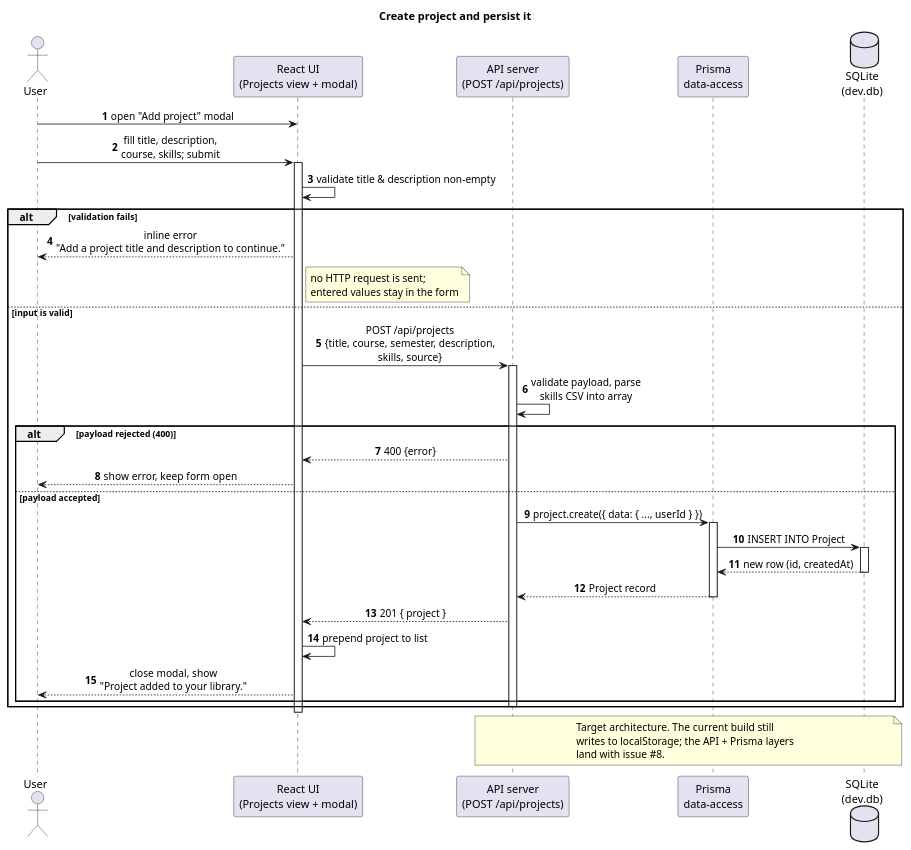
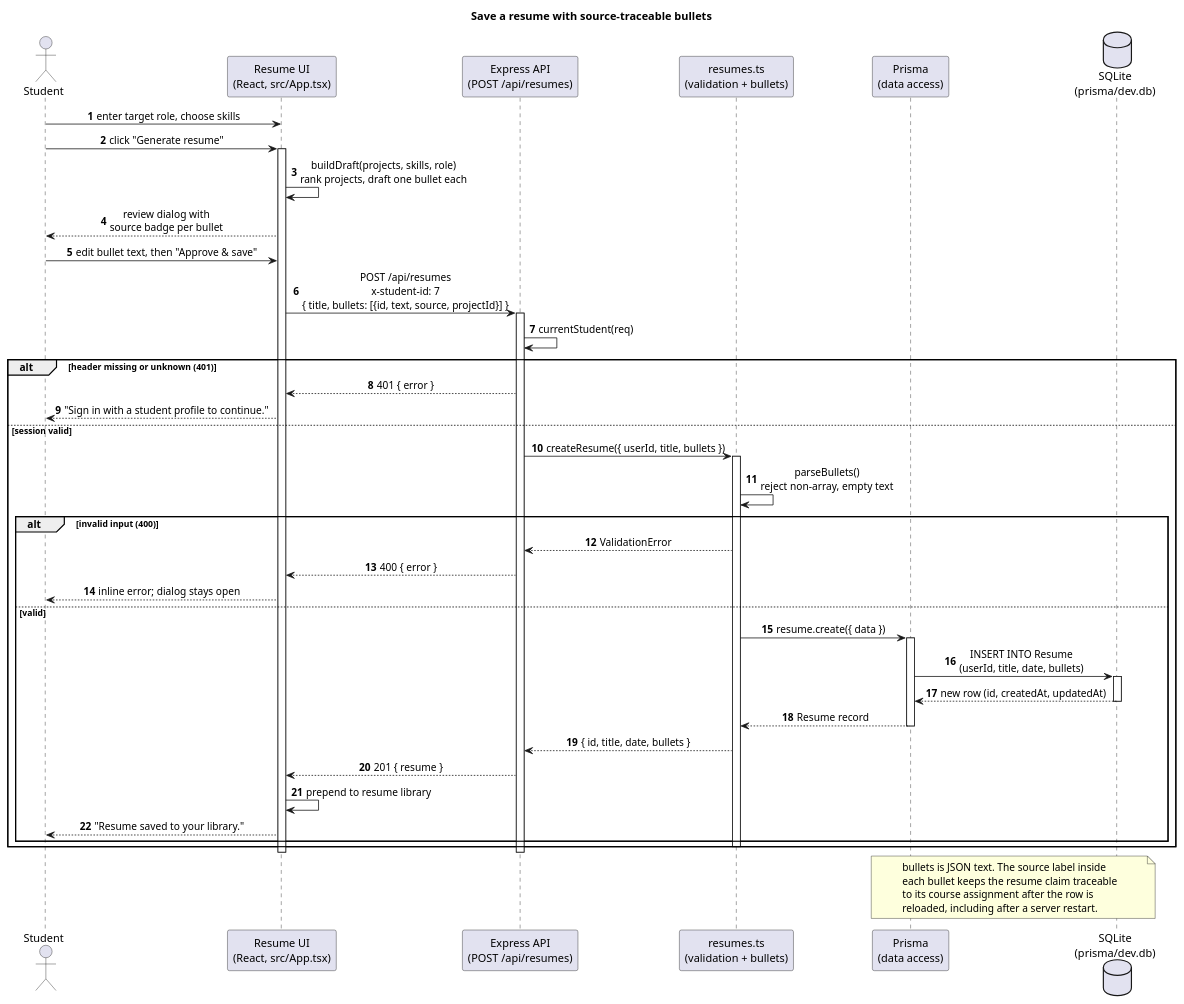
One commit to group8itsc3155fall26/ResumeGPT changed the diagram in docs/uml/sequence-diagram.puml. Above: the diagram before and after it, drawn with PlantUML. The commit also changed 28 other files, not shown here.

First line of the commit message:
Implement student profiles, persisted resumes, and traceable Canvas bullets

```diff
--- a/docs/uml/sequence-diagram.puml
+++ b/docs/uml/sequence-diagram.puml
@@ -1,58 +1,69 @@
 @startuml
-' ResumeGPT — user story: "user creates a project and it persists"
+' ResumeGPT — user story: "save a resume generated from coursework"
+' Mirrors src/App.tsx -> server/index.ts -> src/server/resumes.ts -> Prisma
 skinparam shadowing false
 skinparam sequenceMessageAlign center
 autonumber
 
-title Create project and persist it
+title Save a resume with source-traceable bullets
 
-actor User as U
-participant "React UI\n(Projects view + modal)" as UI
-participant "API server\n(POST /api/projects)" as API
-participant "Prisma\ndata-access" as ORM
-database "SQLite\n(dev.db)" as SQL
+actor Student as U
+participant "Resume UI\n(React, src/App.tsx)" as UI
+participant "Express API\n(POST /api/resumes)" as API
+participant "resumes.ts\n(validation + bullets)" as SVC
+participant "Prisma\n(data access)" as ORM
+database "SQLite\n(prisma/dev.db)" as SQL
 
-U -> UI : open "Add project" modal
-U -> UI : fill title, description,\ncourse, skills; submit
+U -> UI : enter target role, choose skills
+U -> UI : click "Generate resume"
 activate UI
+UI -> UI : buildDraft(projects, skills, role)\nrank projects, draft one bullet each
+UI --> U : review dialog with\nsource badge per bullet
+U -> UI : edit bullet text, then "Approve & save"
 
-UI -> UI : validate title & description non-empty
+UI -> API : POST /api/resumes\nx-student-id: 7\n{ title, bullets: [{id, text, source, projectId}] }
+activate API
 
-alt validation fails
-  UI --> U : inline error\n"Add a project title and description to continue."
-  note right of UI : no HTTP request is sent;\nentered values stay in the form
-else input is valid
-  UI -> API : POST /api/projects\n{title, course, semester, description,\nskills, source}
-  activate API
+API -> API : currentStudent(req)
+alt header missing or unknown (401)
+  API --> UI : 401 { error }
+  UI --> U : "Sign in with a student profile to continue."
+else session valid
+  API -> SVC : createResume({ userId, title, bullets })
+  activate SVC
 
-  API -> API : validate payload, parse\nskills CSV into array
+  SVC -> SVC : parseBullets()\nreject non-array, empty text
 
-  alt payload rejected (400)
-    API --> UI : 400 {error}
-    UI --> U : show error, keep form open
-  else payload accepted
-    API -> ORM : project.create({ data: { ..., userId } })
+  alt invalid input (400)
+    SVC --> API : ValidationError
+    API --> UI : 400 { error }
+    UI --> U : inline error; dialog stays open
+  else valid
+    SVC -> ORM : resume.create({ data })
     activate ORM
-    ORM -> SQL : INSERT INTO Project
+    ORM -> SQL : INSERT INTO Resume\n(userId, title, date, bullets)
     activate SQL
-    SQL --> ORM : new row (id, createdAt)
+    SQL --> ORM : new row (id, createdAt, updatedAt)
     deactivate SQL
-    ORM --> API : Project record
+    ORM --> SVC : Resume record
     deactivate ORM
-    API --> UI : 201 { project }
-    UI -> UI : prepend project to list
-    UI --> U : close modal, show\n"Project added to your library."
+    SVC --> API : { id, title, date, bullets }
+    API --> UI : 201 { resume }
+    UI -> UI : prepend to resume library
+    UI --> U : "Resume saved to your library."
   end
 
-  deactivate API
+  deactivate SVC
 end
 
+deactivate API
 deactivate UI
 
-note over API, SQL
-  Target architecture. The current build still
-  writes to localStorage; the API + Prisma layers
-  land with issue #8.
+note over ORM, SQL
+  bullets is JSON text. The source label inside
+  each bullet keeps the resume claim traceable
+  to its course assignment after the row is
+  reloaded, including after a server restart.
 end note
 
 @enduml
```
